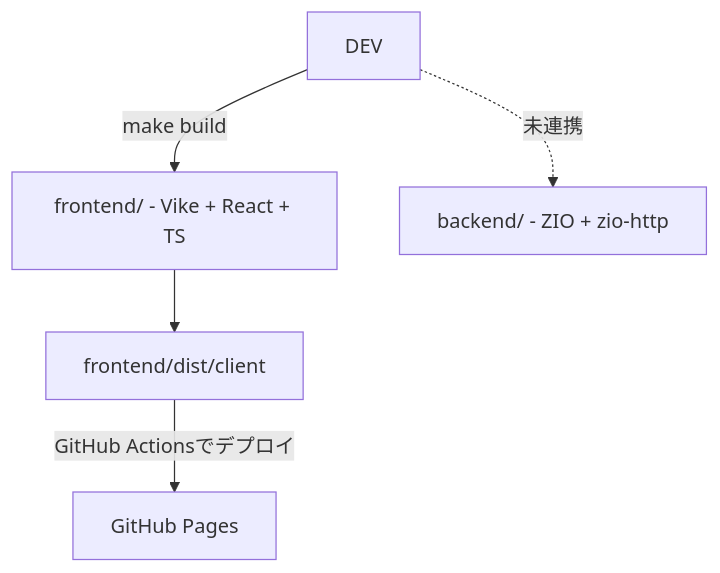
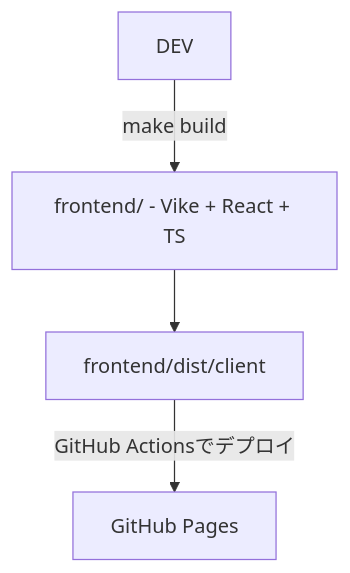
The diagram in README.md (ara-ta3/ara-ta3.github.io), drawn with Mermaid before and after one commit. The commit also changed other lines of this file and 8 other files, not shown here.

````diff
--- a/README.md
+++ b/README.md
@@ -14,7 +12,6 @@
 ```mermaid
 graph TD
   Dev[DEV] -->|make build| FE[frontend/ - Vike + React + TS]
   FE --> Dist[frontend/dist/client]
   Dist -->|GitHub Actionsでデプロイ| Pages[GitHub Pages]
-  Dev -.->|未連携| BE[backend/ - ZIO + zio-http]
 ```
````
